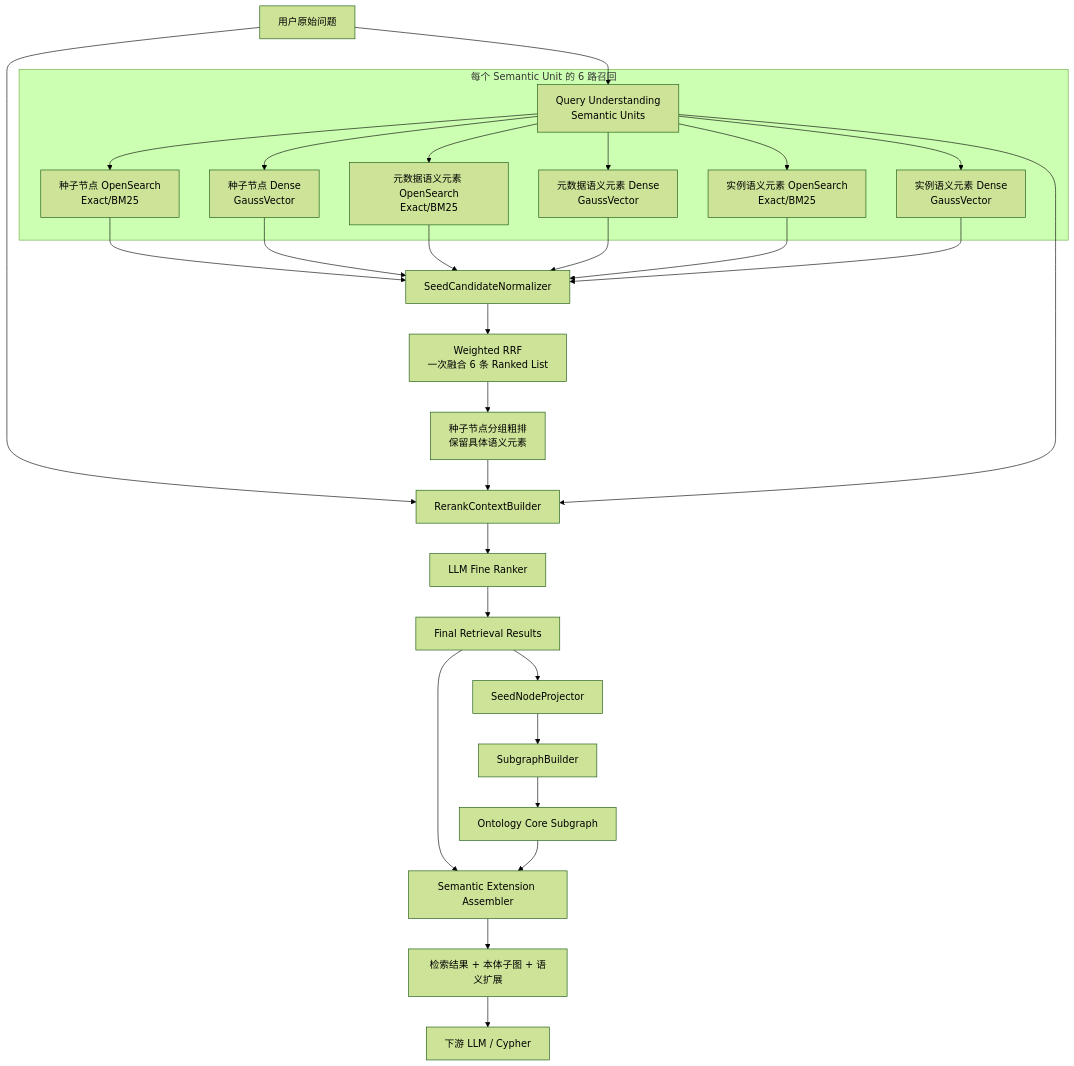
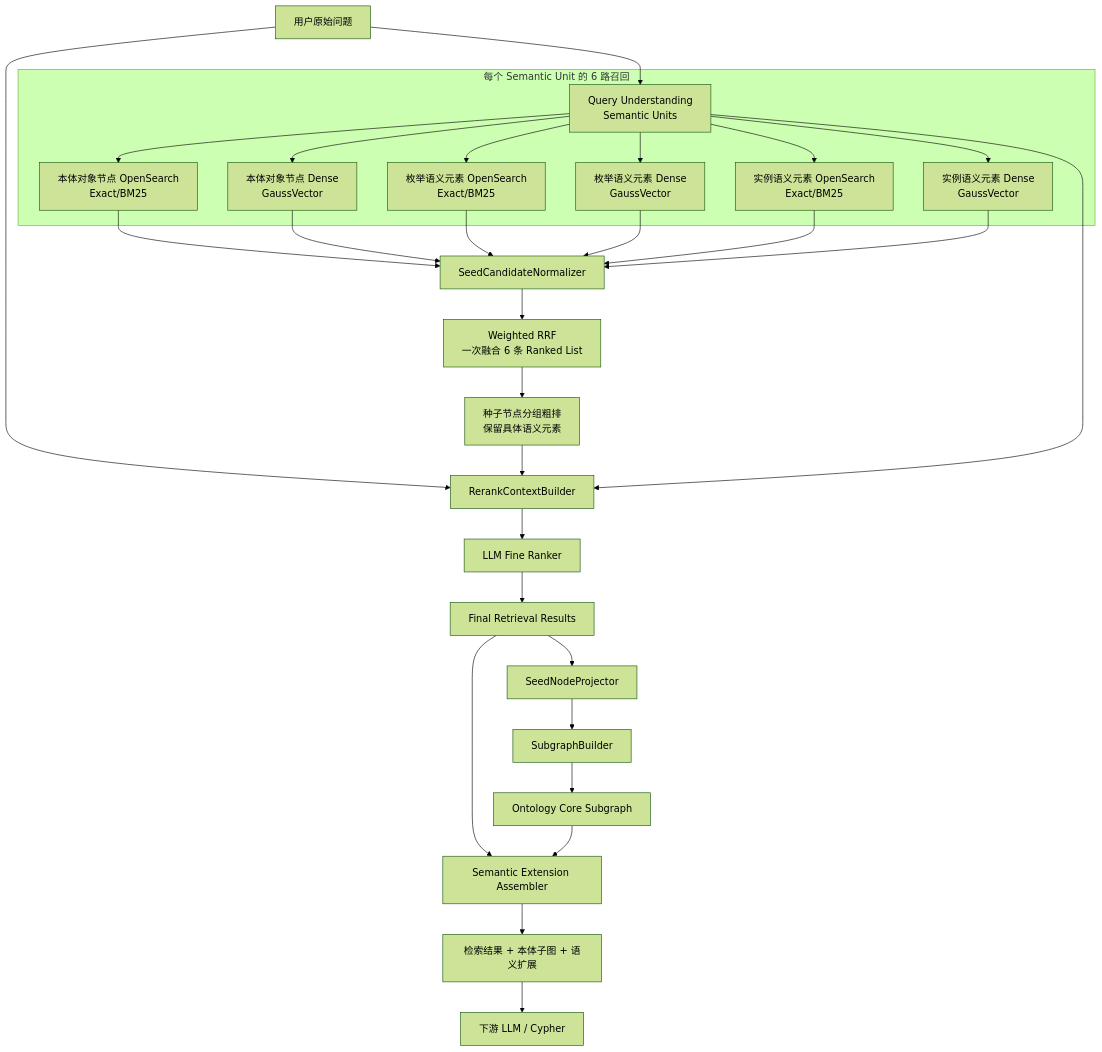
One commit to cfwl100/onology_dsl changed the first of 7 diagrams in docs/OAG本体锚点语义检索与向量索引设计方案.md. Above: the diagram before and after it, drawn with Mermaid (forest theme). The commit also changed other lines of this file, not shown here.

````diff
--- a/docs/OAG本体锚点语义检索与向量索引设计方案.md
+++ b/docs/OAG本体锚点语义检索与向量索引设计方案.md
@@ -112,38 +55,38 @@
 ```mermaid
 flowchart TD
     Q[用户原始问题] --> QU[Query Understanding<br/>Semantic Units]
 
     subgraph RET[每个 Semantic Unit 的 6 路召回]
-      QU --> SL[种子节点 OpenSearch<br/>Exact/BM25]
-      QU --> SD[种子节点 Dense<br/>GaussVector]
-      QU --> ML[元数据语义元素 OpenSearch<br/>Exact/BM25]
-      QU --> MD[元数据语义元素 Dense<br/>GaussVector]
+      QU --> SL[本体对象节点 OpenSearch<br/>Exact/BM25]
+      QU --> SD[本体对象节点 Dense<br/>GaussVector]
+      QU --> ML[枚举语义元素 OpenSearch<br/>Exact/BM25]
+      QU --> MD[枚举语义元素 Dense<br/>GaussVector]
       QU --> IL[实例语义元素 OpenSearch<br/>Exact/BM25]
       QU --> ID[实例语义元素 Dense<br/>GaussVector]
     end
 
     SL --> N[SeedCandidateNormalizer]
     SD --> N
     ML --> N
     MD --> N
     IL --> N
     ID --> N
 
     N --> RRF[Weighted RRF<br/>一次融合 6 条 Ranked List]
     RRF --> COARSE[种子节点分组粗排<br/>保留具体语义元素]
 
     Q --> RC[RerankContextBuilder]
     COARSE --> RC
     QU --> RC
     RC --> LLM[LLM Fine Ranker]
     LLM --> RESULT[Final Retrieval Results]
 
     RESULT --> SP[SeedNodeProjector]
     SP --> SG[SubgraphBuilder]
     SG --> CORE[Ontology Core Subgraph]
 
     RESULT --> EXT[Semantic Extension Assembler]
     CORE --> EXT
     EXT --> OUT[检索结果 + 本体子图 + 语义扩展]
     OUT --> CYPHER[下游 LLM / Cypher]
 ```
````
